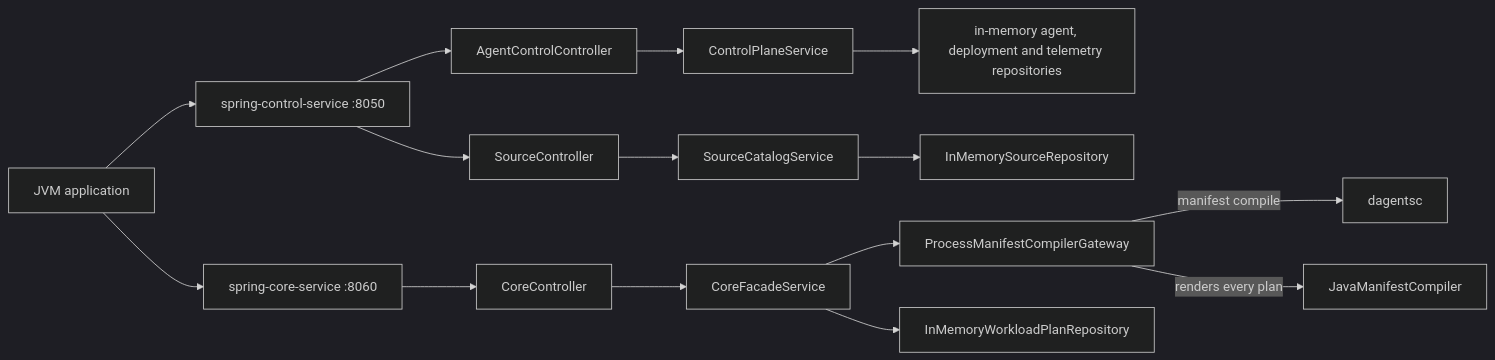
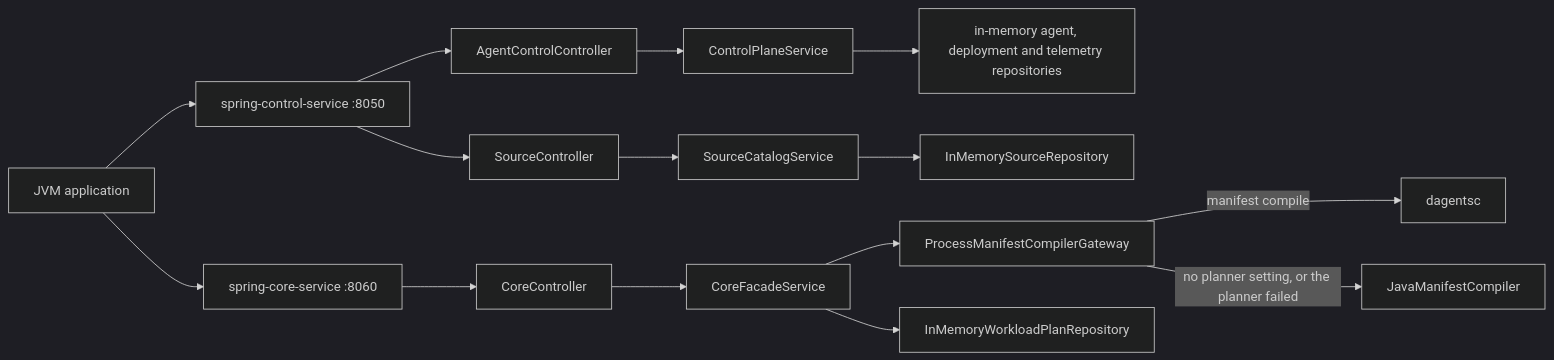
Before and after one commit to pradyunuydarp/Dagents: the first of 3 diagrams in docs/reference/api/spring-services.md, drawn with Mermaid (dark theme). The commit also changed other lines of this file and 11 other files, not shown here.

````diff
--- a/docs/reference/api/spring-services.md
+++ b/docs/reference/api/spring-services.md
@@ -40,17 +45,17 @@
 ```mermaid
 flowchart LR
     JVM["JVM application"] --> Control["spring-control-service :8050"]
     JVM --> SpringCore["spring-core-service :8060"]
     Control --> Agents["AgentControlController"]
     Control --> Sources["SourceController"]
     Agents --> Plane["ControlPlaneService"]
     Plane --> Repos["in-memory agent, deployment and telemetry repositories"]
     Sources --> Catalog["SourceCatalogService"]
     Catalog --> SourceRepo["InMemorySourceRepository"]
     SpringCore --> CoreController["CoreController"]
     CoreController --> Facade["CoreFacadeService"]
     Facade --> Gateway["ProcessManifestCompilerGateway"]
     Gateway -->|"manifest compile"| Planner["dagentsc"]
-    Gateway -->|"renders every plan"| JavaRenderer["JavaManifestCompiler"]
+    Gateway -->|"no planner setting, or the planner failed"| JavaRenderer["JavaManifestCompiler"]
     Facade --> Plans["InMemoryWorkloadPlanRepository"]
 ```
````
